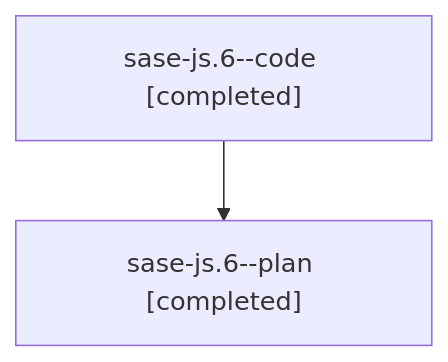
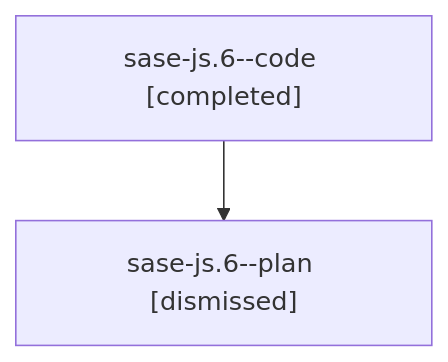
Before and after one commit to sase-org/sase--agents: the diagram in families/bbugyi200.athena.sase-js.6.md, drawn with Mermaid. The commit also changed other lines of this file and 1163 other files, not shown here.

````diff
--- a/families/bbugyi200.athena.sase-js.6.md
+++ b/families/bbugyi200.athena.sase-js.6.md
@@ -9,6 +9,6 @@
 ```mermaid
 flowchart TD
   n0["sase-js.6--code [completed]"]
-  n1["sase-js.6--plan [completed]"]
+  n1["sase-js.6--plan [dismissed]"]
   n0 --> n1
 ```
````
